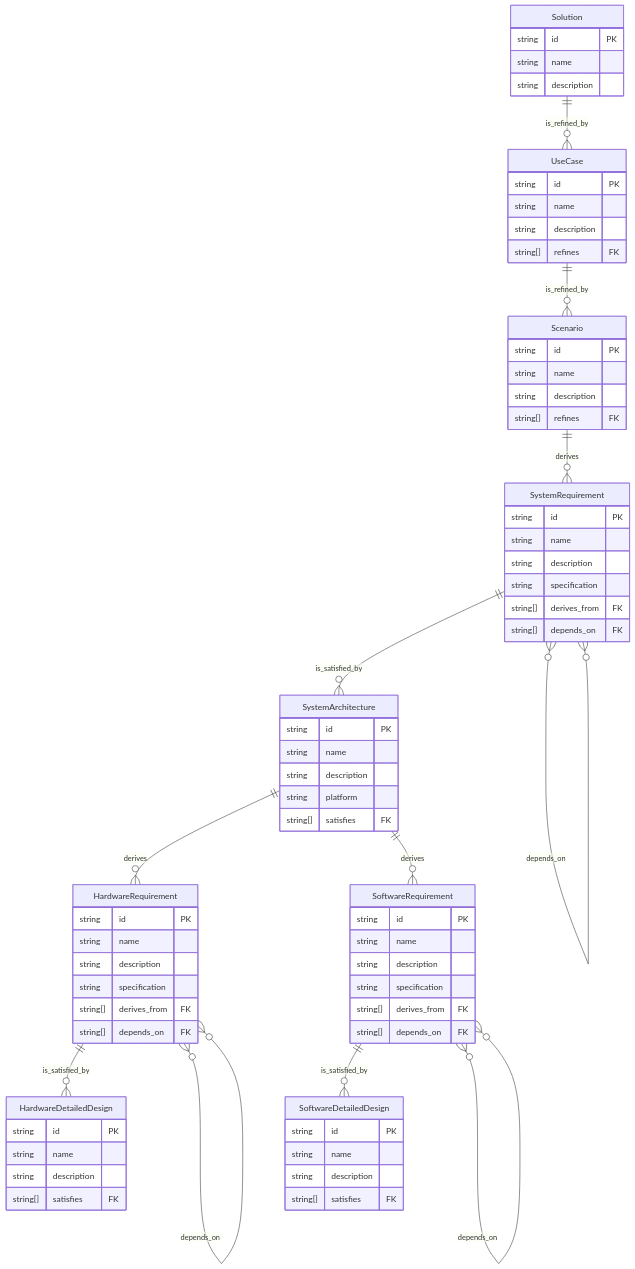
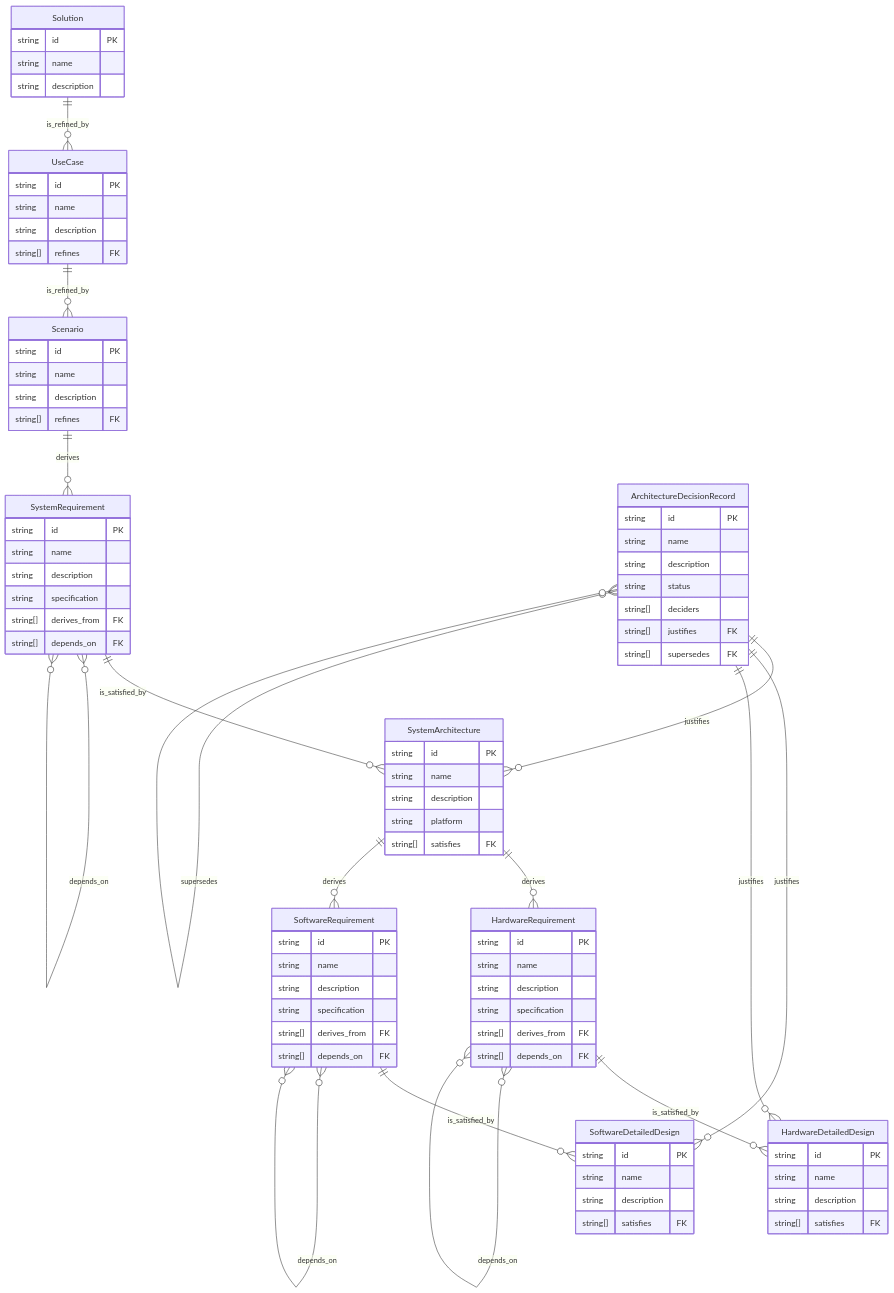
One commit to cledouarec/sara changed the diagram in README.md. Above: the diagram before and after it, drawn with Mermaid. The commit also changed other lines of this file and 34 other files, not shown here.

First line of the commit message:
feat: add ADR (Architecture Decision Record) management

````diff
--- a/README.md
+++ b/README.md
@@ -202,6 +215,16 @@
         string[] satisfies FK
     }
 
+    ArchitectureDecisionRecord {
+        string id PK
+        string name
+        string description
+        string status
+        string[] deciders
+        string[] justifies FK
+        string[] supersedes FK
+    }
+
     Solution ||--o{ UseCase : "is_refined_by"
     UseCase ||--o{ Scenario : "is_refined_by"
     Scenario ||--o{ SystemRequirement : "derives"
@@ -213,4 +236,8 @@
     SystemRequirement }o--o{ SystemRequirement : "depends_on"
     HardwareRequirement }o--o{ HardwareRequirement : "depends_on"
     SoftwareRequirement }o--o{ SoftwareRequirement : "depends_on"
+    ArchitectureDecisionRecord ||--o{ SystemArchitecture : "justifies"
+    ArchitectureDecisionRecord ||--o{ SoftwareDetailedDesign : "justifies"
+    ArchitectureDecisionRecord ||--o{ HardwareDetailedDesign : "justifies"
+    ArchitectureDecisionRecord }o--o{ ArchitectureDecisionRecord : "supersedes"
 ```
````
